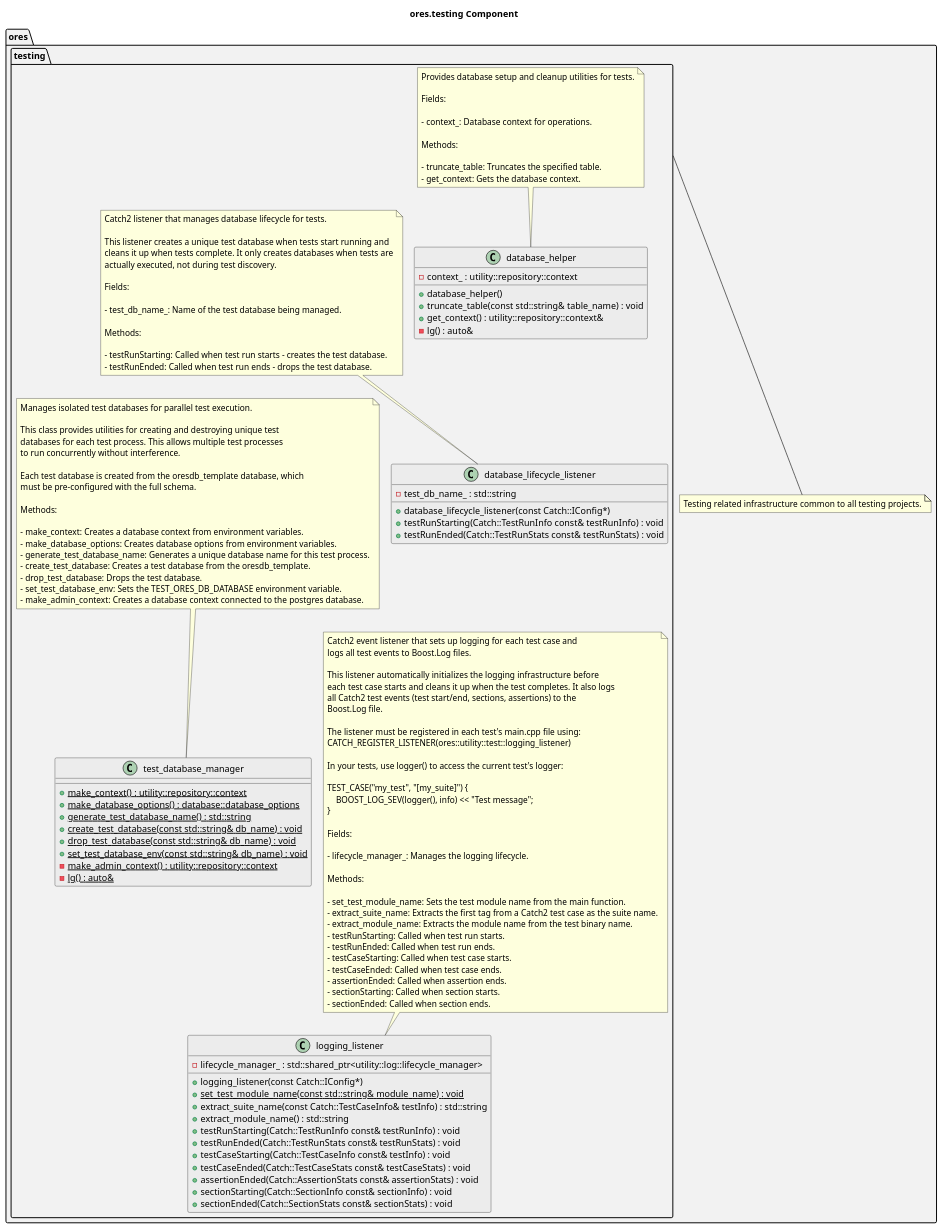
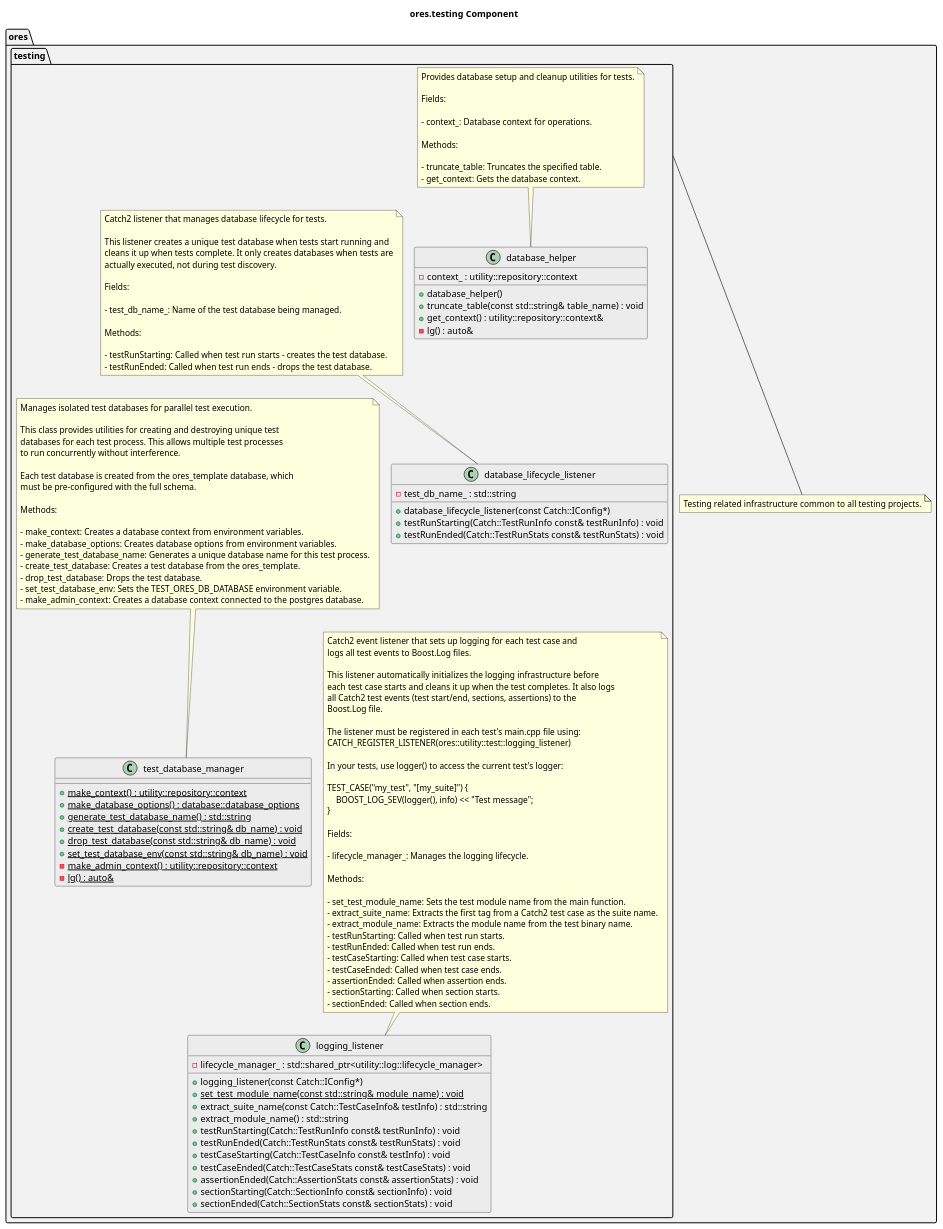
The diagram in projects/ores.testing/modeling/ores.testing.puml (OreStudio/OreStudio), drawn with PlantUML before and after one commit. The commit also changed 83 other files, not shown here.

First line of the commit message:
[database] Rename schema from oresdb to ores

```diff
--- a/projects/ores.testing/modeling/ores.testing.puml
+++ b/projects/ores.testing/modeling/ores.testing.puml
@@ -17,170 +17,170 @@
 @startuml
 !pragma layout smetana
 
 title ores.testing Component
 
 set namespaceSeparator ::
 
 namespace ores #F2F2F2 {
     note "Testing related infrastructure common to all testing projects." as ores_testing_note
     testing --- ores_testing_note
     namespace testing #F2F2F2 {
         '
         ' Layout groupings
         '
 
         ' Group: Database utilities
         together {
             class database_helper
             class database_lifecycle_listener
             class test_database_manager
         }
 
         ' Group: Logging
         together {
             class logging_listener
         }
 
         ' Stack vertically
         database_helper -[hidden]down- database_lifecycle_listener
         database_lifecycle_listener -[hidden]down- test_database_manager
         test_database_manager -[hidden]down- logging_listener
 
         '
         ' Class definitions
         '
 
         class database_helper #ECECEC {
             +database_helper()
             +truncate_table(const std::string& table_name) : void
             +get_context() : utility::repository::context&
             -{method} lg() : auto&
             -{field} context_ : utility::repository::context
         }
 
         note top of database_helper
         Provides database setup and cleanup utilities for tests.
 
         Fields:
 
         - context_: Database context for operations.
 
         Methods:
 
         - truncate_table: Truncates the specified table.
         - get_context: Gets the database context.
         end note
 
         class database_lifecycle_listener #ECECEC {
             +database_lifecycle_listener(const Catch::IConfig*)
             +testRunStarting(Catch::TestRunInfo const& testRunInfo) : void
             +testRunEnded(Catch::TestRunStats const& testRunStats) : void
             -{field} test_db_name_ : std::string
         }
 
         note top of database_lifecycle_listener
         Catch2 listener that manages database lifecycle for tests.
 
         This listener creates a unique test database when tests start running and
         cleans it up when tests complete. It only creates databases when tests are
         actually executed, not during test discovery.
 
         Fields:
 
         - test_db_name_: Name of the test database being managed.
 
         Methods:
 
         - testRunStarting: Called when test run starts - creates the test database.
         - testRunEnded: Called when test run ends - drops the test database.
         end note
 
         class logging_listener #ECECEC {
             +logging_listener(const Catch::IConfig*)
             +{static} set_test_module_name(const std::string& module_name) : void
             +extract_suite_name(const Catch::TestCaseInfo& testInfo) : std::string
             +extract_module_name() : std::string
             +testRunStarting(Catch::TestRunInfo const& testRunInfo) : void
             +testRunEnded(Catch::TestRunStats const& testRunStats) : void
             +testCaseStarting(Catch::TestCaseInfo const& testInfo) : void
             +testCaseEnded(Catch::TestCaseStats const& testCaseStats) : void
             +assertionEnded(Catch::AssertionStats const& assertionStats) : void
             +sectionStarting(Catch::SectionInfo const& sectionInfo) : void
             +sectionEnded(Catch::SectionStats const& sectionStats) : void
             -{field} lifecycle_manager_ : std::shared_ptr<utility::log::lifecycle_manager>
         }
 
         note top of logging_listener
         Catch2 event listener that sets up logging for each test case and
         logs all test events to Boost.Log files.
 
         This listener automatically initializes the logging infrastructure before
         each test case starts and cleans it up when the test completes. It also logs
         all Catch2 test events (test start/end, sections, assertions) to the
         Boost.Log file.
 
         The listener must be registered in each test's main.cpp file using:
         CATCH_REGISTER_LISTENER(ores::utility::test::logging_listener)
 
         In your tests, use logger() to access the current test's logger:
 
         TEST_CASE("my_test", "[my_suite]") {
             BOOST_LOG_SEV(logger(), info) << "Test message";
         }
 
         Fields:
 
         - lifecycle_manager_: Manages the logging lifecycle.
 
         Methods:
 
         - set_test_module_name: Sets the test module name from the main function.
         - extract_suite_name: Extracts the first tag from a Catch2 test case as the suite name.
         - extract_module_name: Extracts the module name from the test binary name.
         - testRunStarting: Called when test run starts.
         - testRunEnded: Called when test run ends.
         - testCaseStarting: Called when test case starts.
         - testCaseEnded: Called when test case ends.
         - assertionEnded: Called when assertion ends.
         - sectionStarting: Called when section starts.
         - sectionEnded: Called when section ends.
         end note
 
         class test_database_manager #ECECEC {
             +{static} make_context() : utility::repository::context
             +{static} make_database_options() : database::database_options
             +{static} generate_test_database_name() : std::string
             +{static} create_test_database(const std::string& db_name) : void
             +{static} drop_test_database(const std::string& db_name) : void
             +{static} set_test_database_env(const std::string& db_name) : void
             -{static} make_admin_context() : utility::repository::context
             -{static} lg() : auto&
         }
 
         note top of test_database_manager
         Manages isolated test databases for parallel test execution.
 
         This class provides utilities for creating and destroying unique test
         databases for each test process. This allows multiple test processes
         to run concurrently without interference.
 
-        Each test database is created from the oresdb_template database, which
+        Each test database is created from the ores_template database, which
         must be pre-configured with the full schema.
 
         Methods:
 
         - make_context: Creates a database context from environment variables.
         - make_database_options: Creates database options from environment variables.
         - generate_test_database_name: Generates a unique database name for this test process.
-        - create_test_database: Creates a test database from the oresdb_template.
+        - create_test_database: Creates a test database from the ores_template.
         - drop_test_database: Drops the test database.
         - set_test_database_env: Sets the TEST_ORES_DB_DATABASE environment variable.
         - make_admin_context: Creates a database context connected to the postgres database.
         end note
     }
 }
 
 ' Local Variables:
 ' compile-command: "java -Djava.awt.headless=true -DPLANTUML_SECURITY_PROFILE=UNSECURE -DPLANTUML_LIMIT_SIZE=65535 -jar /usr/share/plantuml/plantuml.jar ores.testing.puml"
 ' End:
 @enduml
```
